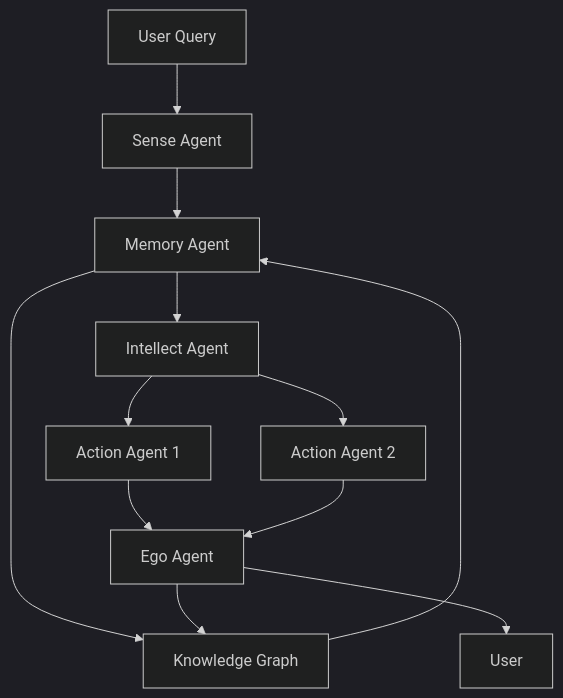
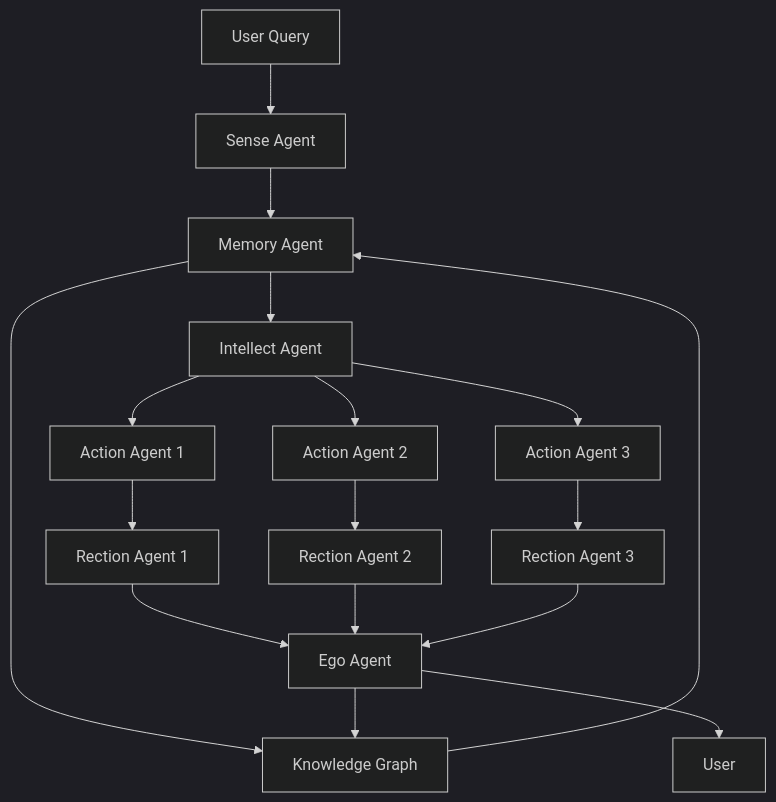
Before and after one commit to Mindverse-Computing/algoverse: the diagram in README.md, drawn with Mermaid (dark theme).

````diff
--- a/README.md
+++ b/README.md
@@ -78,14 +78,19 @@
 ```mermaid
 graph TD
   A[User Query] --> S[Sense Agent]
   S --> M[Memory Agent]
   M --> I[Intellect Agent]
   M --> G[Knowledge Graph]
   G --> M[Memory Agent]
   I --> A1[Action Agent 1]
   I --> A2[Action Agent 2]
-  A1 --> E[Ego Agent]
-  A2 --> E
+  I --> A3[Action Agent 3]
+  A1 --> R1[Rection Agent 1]
+  A2 --> R2[Rection Agent 2]
+  A3 --> R3[Rection Agent 3]
+  R1 --> E[Ego Agent]
+  R2 --> E[Ego Agent]
+  R3 --> E[Ego Agent]
   E --> G[Knowledge Graph]
   E --> U[User]
 ```
````
